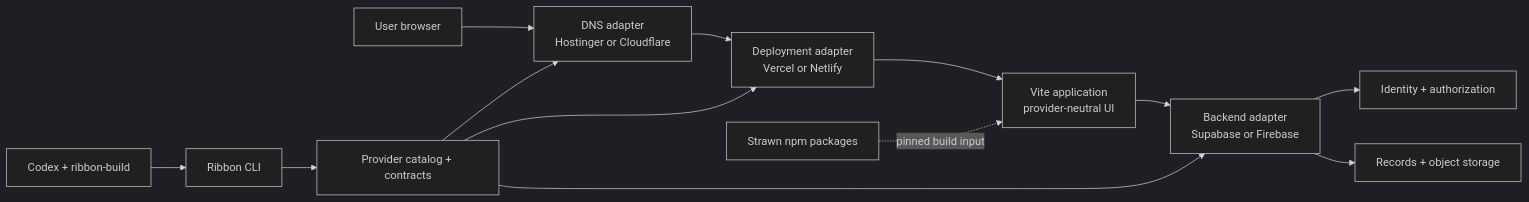
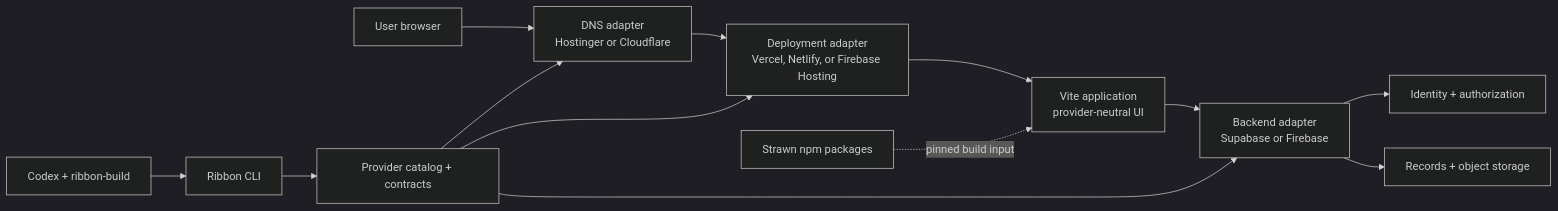
Before and after one commit to moriatz-labs/ribbon: the first of 2 diagrams in docs/architecture.md, drawn with Mermaid (dark theme). The commit also changed other lines of this file and 86 other files, not shown here.

````diff
--- a/docs/architecture.md
+++ b/docs/architecture.md
@@ -11,16 +11,16 @@
 ```mermaid
 flowchart LR
     U["User browser"] --> DNS["DNS adapter\nHostinger or Cloudflare"]
-    DNS --> DEP["Deployment adapter\nVercel or Netlify"]
+    DNS --> DEP["Deployment adapter\nVercel, Netlify, or Firebase Hosting"]
     DEP --> APP["Vite application\nprovider-neutral UI"]
     APP --> BE["Backend adapter\nSupabase or Firebase"]
     BE --> AUTH["Identity + authorization"]
     BE --> DATA["Records + object storage"]
 
     DS["Strawn npm packages"] -. "pinned build input" .-> APP
     CDX["Codex + ribbon-build"] --> CLI["Ribbon CLI"]
     CLI --> CATALOG["Provider catalog + contracts"]
     CATALOG --> DNS
     CATALOG --> DEP
     CATALOG --> BE
 ```
````
